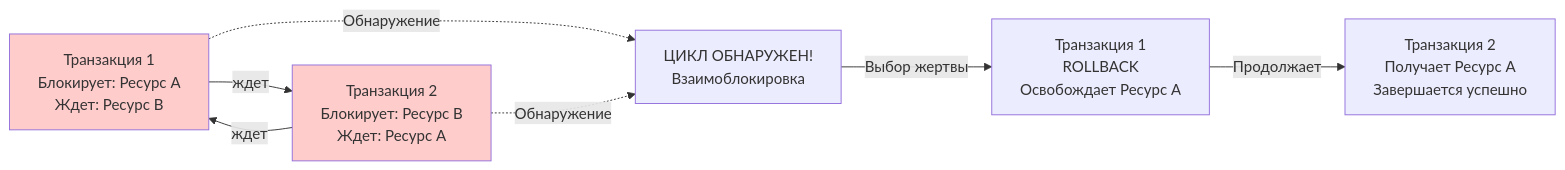
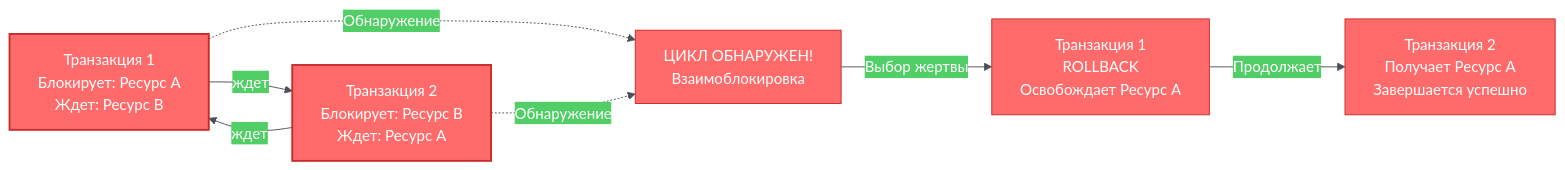
One commit to alx314vo/db_exam changed diagram 12 of 23 in db_exam.md. Above: the diagram before and after it, drawn with Mermaid. The commit also changed other lines of this file, not shown here.

Commit message:
added diagrams

````diff
--- a/db_exam.md
+++ b/db_exam.md
@@ -533,16 +609,17 @@
 ```mermaid
+%%{init: {'theme':'base', 'themeVariables': {'primaryColor':'#ff6b6b','primaryTextColor':'#fff','primaryBorderColor':'#c92a2a','lineColor':'#495057','secondaryColor':'#51cf66','tertiaryColor':'#ffd43b'}}}%%
 graph LR
     T1[Транзакция 1<br/>Блокирует: Ресурс A<br/>Ждет: Ресурс B] -->|ждет| T2[Транзакция 2<br/>Блокирует: Ресурс B<br/>Ждет: Ресурс A]
     T2 -->|ждет| T1
     
-    style T1 fill:#ffcccc
-    style T2 fill:#ffcccc
+    style T1 fill:#ff6b6b,stroke:#c92a2a,stroke-width:2px,color:#fff
+    style T2 fill:#ff6b6b,stroke:#c92a2a,stroke-width:2px,color:#fff
     
     note1[ЦИКЛ ОБНАРУЖЕН!<br/>Взаимоблокировка]
     
     T1 -.->|Обнаружение| note1
     T2 -.->|Обнаружение| note1
     
     note1 -->|Выбор жертвы| T3[Транзакция 1<br/>ROLLBACK<br/>Освобождает Ресурс A]
     T3 -->|Продолжает| T4[Транзакция 2<br/>Получает Ресурс A<br/>Завершается успешно]
 ```
````
